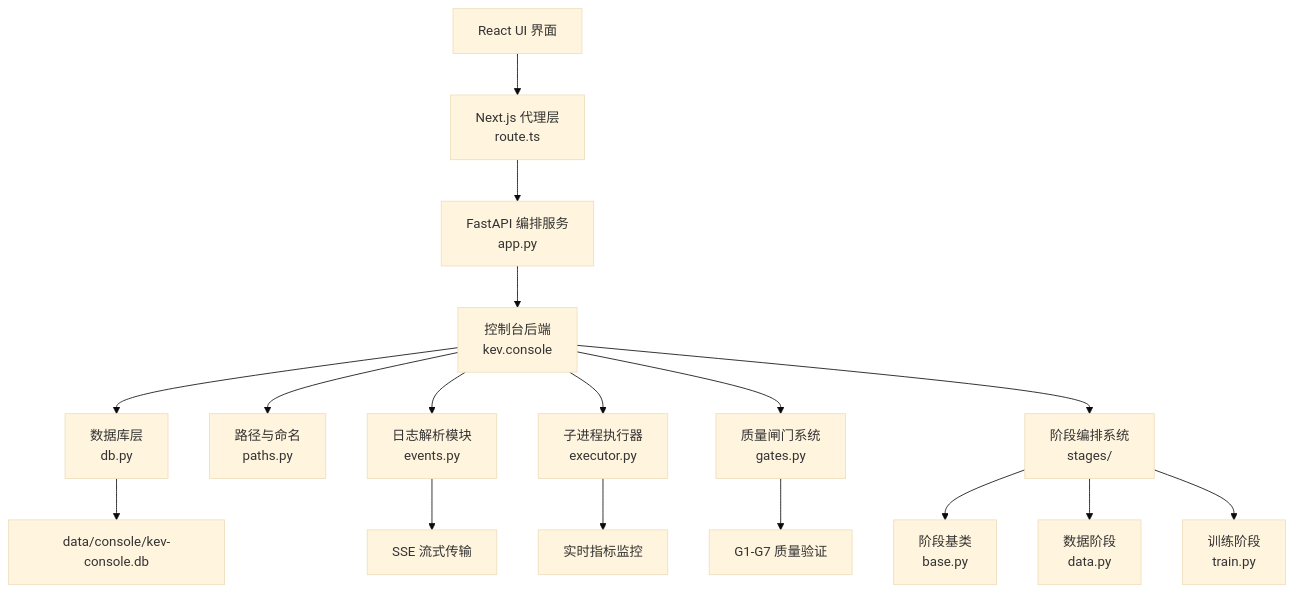
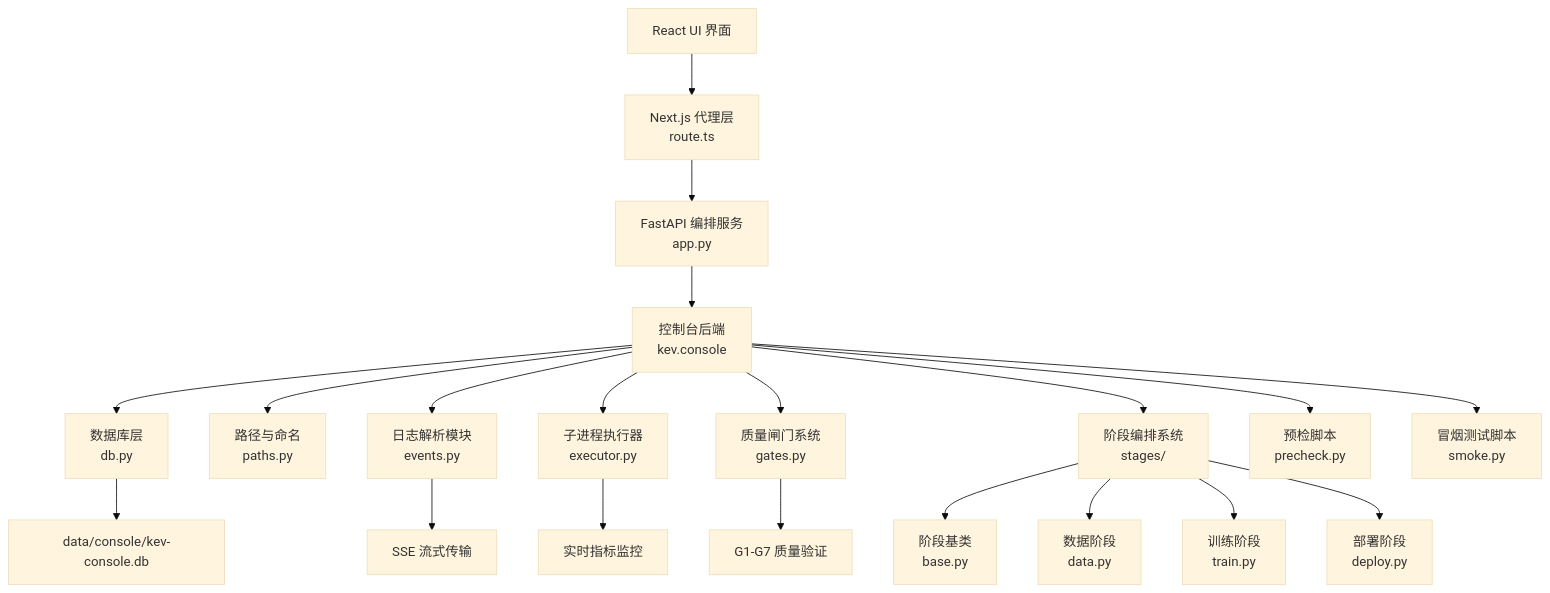
One commit to joezxh/kev changed the first of 13 diagrams in .qoder/repowiki/zh/content/训练框架/医疗微调控制台编排系统.md. Above: the diagram before and after it, drawn with Mermaid (base theme). The commit also changed other lines of this file and 101 other files, not shown here.

````diff
--- a/.qoder/repowiki/zh/content/训练框架/医疗微调控制台编排系统.md
+++ b/.qoder/repowiki/zh/content/训练框架/医疗微调控制台编排系统.md
@@ -66,19 +76,22 @@
 ```mermaid
 graph TB
 A["React UI 界面"] --> B["Next.js 代理层<br/>route.ts"]
 B --> C["FastAPI 编排服务<br/>app.py"]
 C --> D["控制台后端<br/>kev.console"]
 D --> E["数据库层<br/>db.py"]
 D --> F["路径与命名<br/>paths.py"]
 D --> G["日志解析模块<br/>events.py"]
 D --> H["子进程执行器<br/>executor.py"]
 D --> I["质量闸门系统<br/>gates.py"]
 D --> J["阶段编排系统<br/>stages/"]
 J --> K["阶段基类<br/>base.py"]
 J --> L["数据阶段<br/>data.py"]
 J --> M["训练阶段<br/>train.py"]
-G --> N["SSE 流式传输"]
-H --> O["实时指标监控"]
-I --> P["G1-G7 质量验证"]
-E --> Q["data/console/kev-console.db"]
+J --> N["部署阶段<br/>deploy.py"]
+G --> O["SSE 流式传输"]
+H --> P["实时指标监控"]
+I --> Q["G1-G7 质量验证"]
+E --> R["data/console/kev-console.db"]
+D --> S["预检脚本<br/>precheck.py"]
+D --> T["冒烟测试脚本<br/>smoke.py"]
 ```
````
